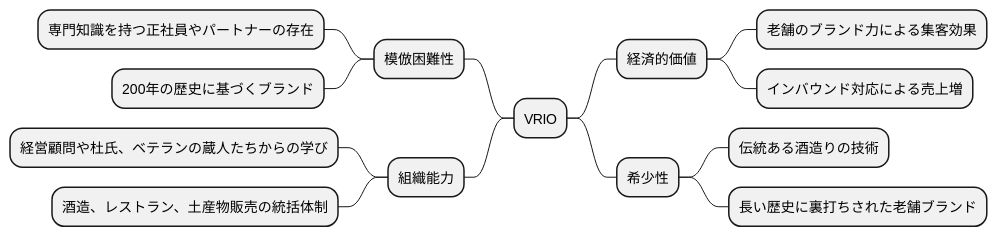
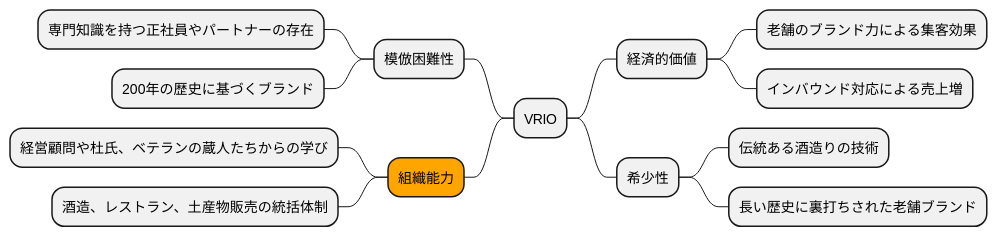
Before and after one commit to k2works/case-sutudy-business-analysis: the fourth of 16 diagrams in docs/case/r02_case_1.adoc, drawn with PlantUML. The commit also changed other lines of this file and 1 other file, not shown here.

```diff
--- a/docs/case/r02_case_1.adoc
+++ b/docs/case/r02_case_1.adoc
@@ -140,21 +140,21 @@
 [plantuml]
 ----
 @startmindmap
 
 * VRIO
 ** 経済的価値
 *** 老舗のブランド力による集客効果
 *** インバウンド対応による売上増
 ** 希少性
 *** 伝統ある酒造りの技術
 *** 長い歴史に裏打ちされた老舗ブランド
 left side
 ** 模倣困難性
 *** 専門知識を持つ正社員やパートナーの存在
 *** 200年の歴史に基づくブランド
-** 組織能力
+**[#orange] 組織能力
 *** 経営顧問や杜氏、ベテランの蔵人たちからの学び
 *** 酒造、レストラン、土産物販売の統括体制
 
 @endmindmap
 ----
```
